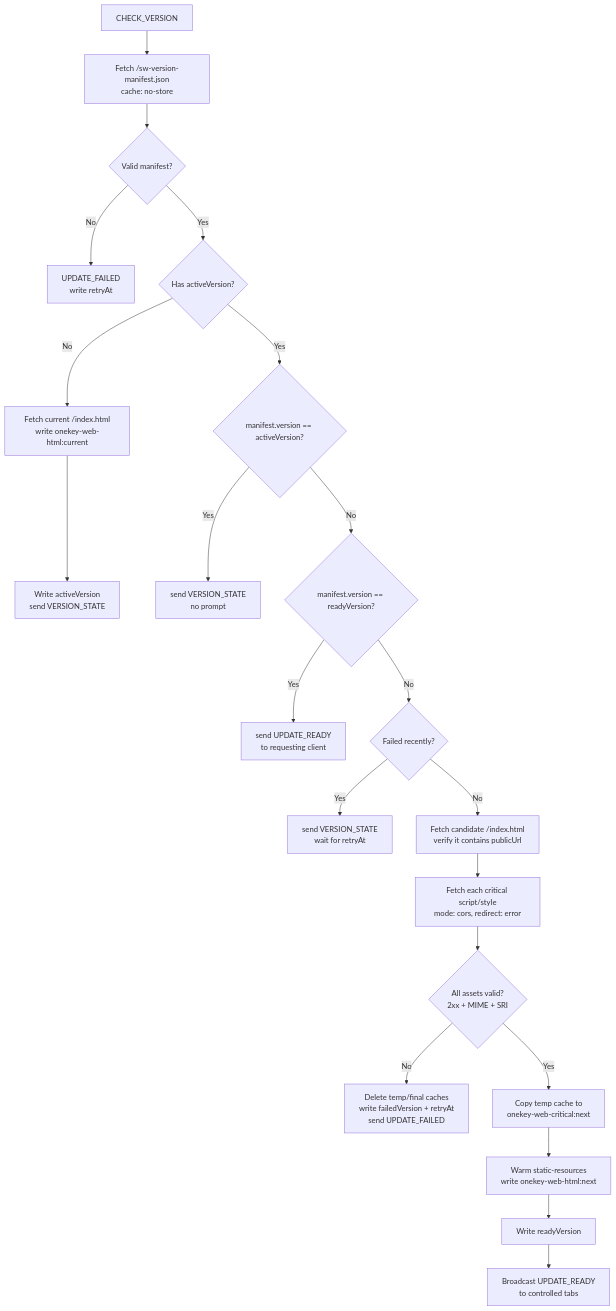
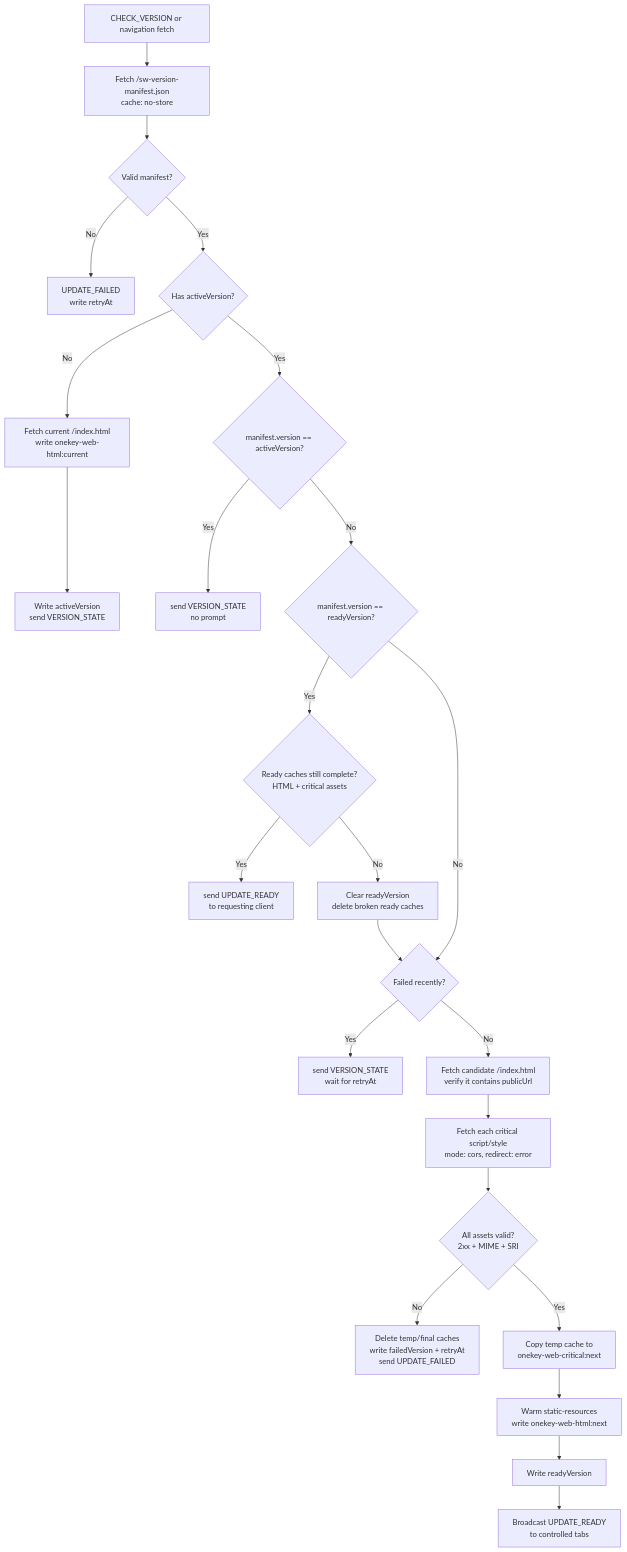
The third of 5 diagrams in docs/web-service-worker-version-preload.md (OneKeyHQ/app-monorepo), drawn with Mermaid before and after one commit. The commit also changed other lines of this file and 1 other file, not shown here.

````diff
--- a/docs/web-service-worker-version-preload.md
+++ b/docs/web-service-worker-version-preload.md
@@ -123,25 +150,28 @@
 ```mermaid
 flowchart TD
-  A["CHECK_VERSION"] --> B["Fetch /sw-version-manifest.json<br/>cache: no-store"]
+  A["CHECK_VERSION or navigation fetch"] --> B["Fetch /sw-version-manifest.json<br/>cache: no-store"]
   B --> C{"Valid manifest?"}
   C -- "No" --> Z["UPDATE_FAILED<br/>write retryAt"]
   C -- "Yes" --> D{"Has activeVersion?"}
   D -- "No" --> E["Fetch current /index.html<br/>write onekey-web-html:current"]
   E --> F["Write activeVersion<br/>send VERSION_STATE"]
 
   D -- "Yes" --> G{"manifest.version == activeVersion?"}
   G -- "Yes" --> H["send VERSION_STATE<br/>no prompt"]
   G -- "No" --> I{"manifest.version == readyVersion?"}
-  I -- "Yes" --> J["send UPDATE_READY<br/>to requesting client"]
+  I -- "Yes" --> J{"Ready caches still complete?<br/>HTML + critical assets"}
+  J -- "Yes" --> J1["send UPDATE_READY<br/>to requesting client"]
+  J -- "No" --> J2["Clear readyVersion<br/>delete broken ready caches"]
+  J2 --> K
   I -- "No" --> K{"Failed recently?"}
   K -- "Yes" --> L["send VERSION_STATE<br/>wait for retryAt"]
   K -- "No" --> M["Fetch candidate /index.html<br/>verify it contains publicUrl"]
 
   M --> N["Fetch each critical script/style<br/>mode: cors, redirect: error"]
   N --> O{"All assets valid?<br/>2xx + MIME + SRI"}
   O -- "No" --> P["Delete temp/final caches<br/>write failedVersion + retryAt<br/>send UPDATE_FAILED"]
   O -- "Yes" --> Q["Copy temp cache to<br/>onekey-web-critical:next"]
   Q --> R["Warm static-resources<br/>write onekey-web-html:next"]
   R --> S["Write readyVersion"]
   S --> T["Broadcast UPDATE_READY<br/>to controlled tabs"]
 ```
````
